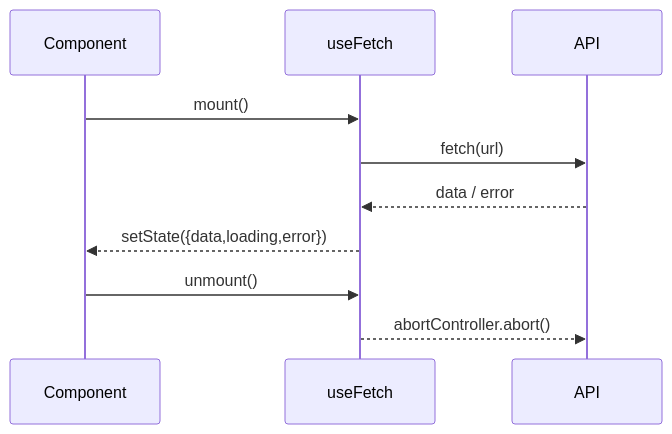
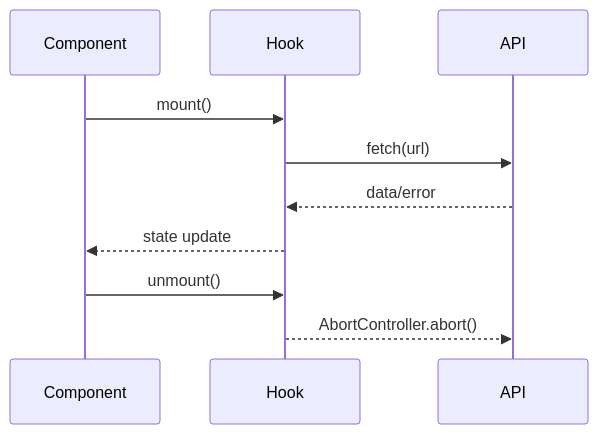
Before and after one commit to bartytime4life/Kansas-Frontier-Matrix: the diagram in web/src/hooks/README.md, drawn with Mermaid. The commit also changed other lines of this file, not shown here.

````diff
--- a/web/src/hooks/README.md
+++ b/web/src/hooks/README.md
@@ -132,12 +153,12 @@
 ```mermaid
 sequenceDiagram
   participant C as Component
-  participant H as useFetch
+  participant H as Hook
   participant A as API
   C->>H: mount()
   H->>A: fetch(url)
-  A-->>H: data / error
-  H-->>C: setState({data,loading,error})
+  A-->>H: data/error
+  H-->>C: state update
   C->>H: unmount()
-  H-->>A: abortController.abort()
+  H-->>A: AbortController.abort()
 ```
````
